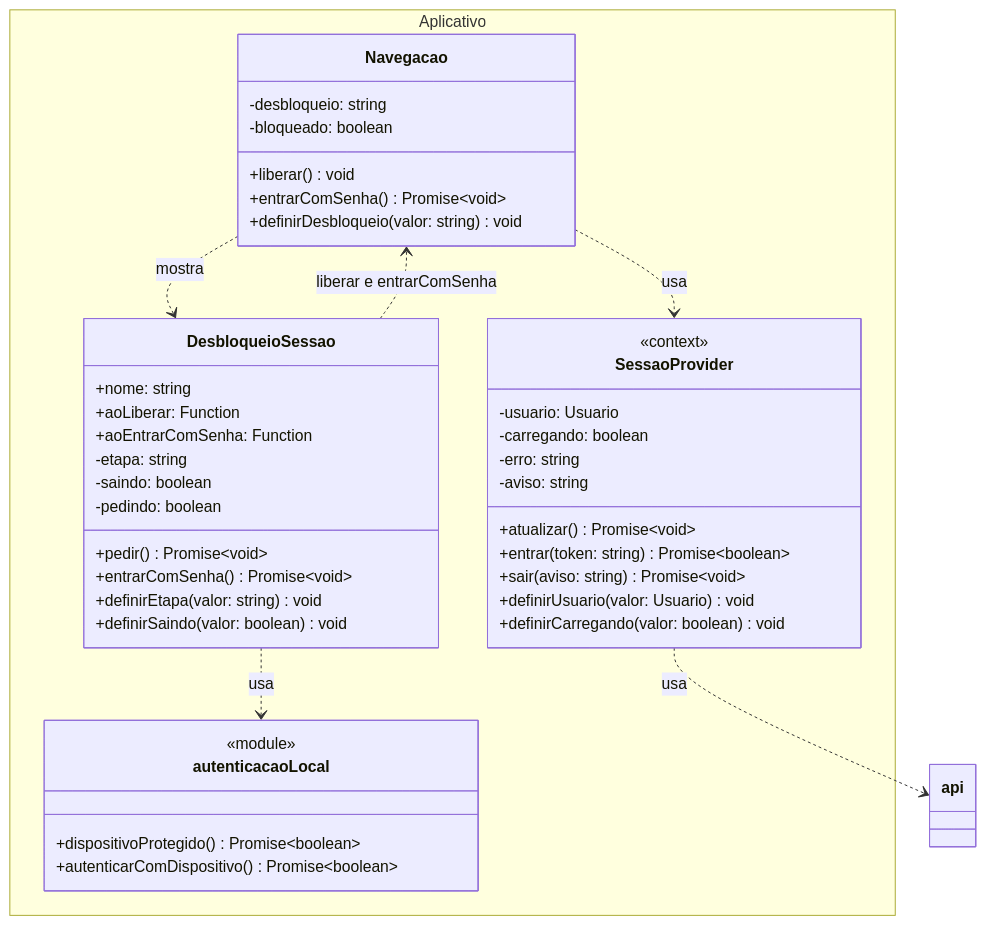
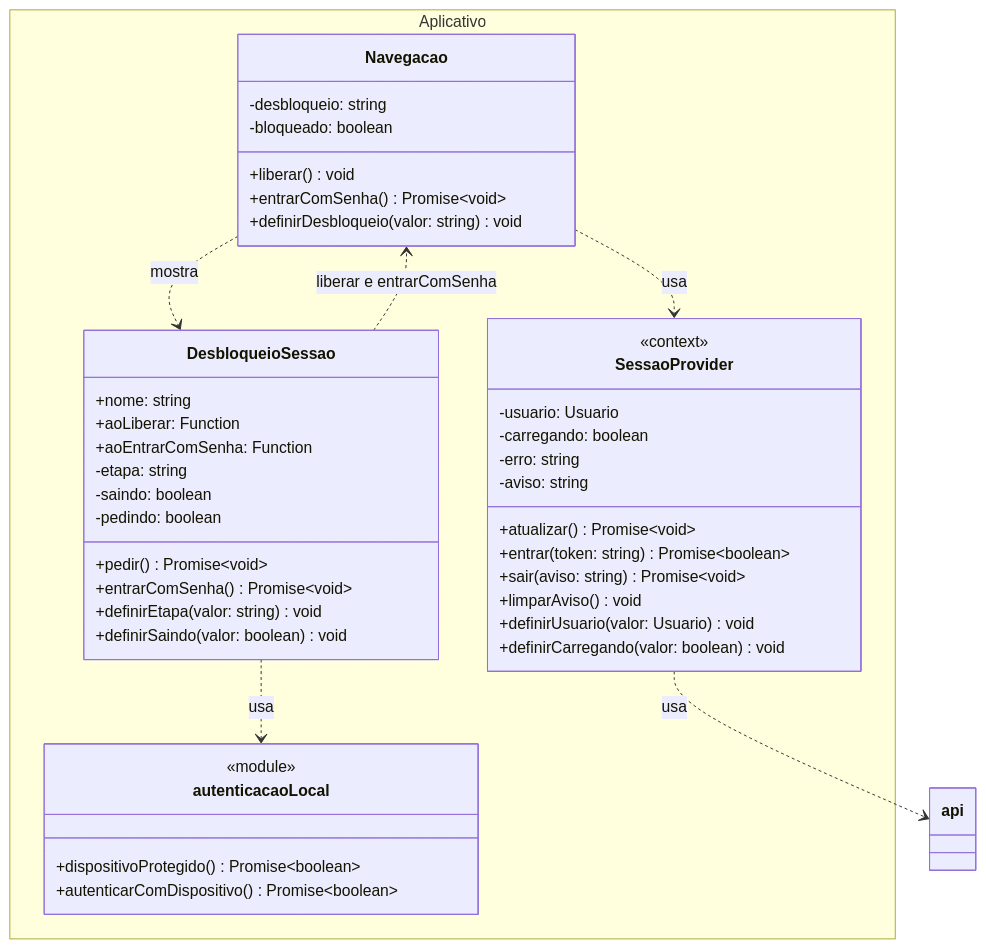
The fourth of 11 diagrams in 2 - Incremento 1/cadastro-usuario/3 - diagrama-classes-cadastro-usuario.md (Conecta-IFSP/DOCUMENTATION), drawn with Mermaid before and after one commit. The commit also changed 7 other files, not shown here.

````diff
--- a/2 - Incremento 1/cadastro-usuario/3 - diagrama-classes-cadastro-usuario.md
+++ b/2 - Incremento 1/cadastro-usuario/3 - diagrama-classes-cadastro-usuario.md
@@ -150,50 +150,51 @@
 ```mermaid
 classDiagram
     direction TB
 
     namespace Aplicativo {
         class Navegacao {
             -desbloqueio: string
             -bloqueado: boolean
             +liberar() void
             +entrarComSenha() Promise~void~
             +definirDesbloqueio(valor: string) void
         }
         class DesbloqueioSessao {
             +nome: string
             +aoLiberar: Function
             +aoEntrarComSenha: Function
             -etapa: string
             -saindo: boolean
             -pedindo: boolean
             +pedir() Promise~void~
             +entrarComSenha() Promise~void~
             +definirEtapa(valor: string) void
             +definirSaindo(valor: boolean) void
         }
         class SessaoProvider {
             <<context>>
             -usuario: Usuario
             -carregando: boolean
             -erro: string
             -aviso: string
             +atualizar() Promise~void~
             +entrar(token: string) Promise~boolean~
             +sair(aviso: string) Promise~void~
+            +limparAviso() void
             +definirUsuario(valor: Usuario) void
             +definirCarregando(valor: boolean) void
         }
         class autenticacaoLocal {
             <<module>>
             +dispositivoProtegido() Promise~boolean~
             +autenticarComDispositivo() Promise~boolean~
         }
     }
     class api
 
     Navegacao ..> SessaoProvider : usa
     Navegacao ..> DesbloqueioSessao : mostra
     DesbloqueioSessao ..> autenticacaoLocal : usa
     DesbloqueioSessao ..> Navegacao : liberar e entrarComSenha
     SessaoProvider ..> api : usa
 ```
````
